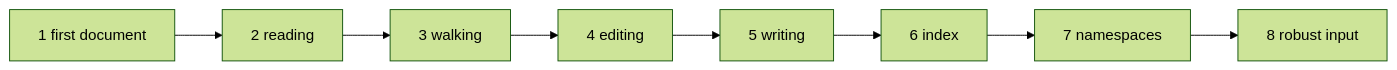
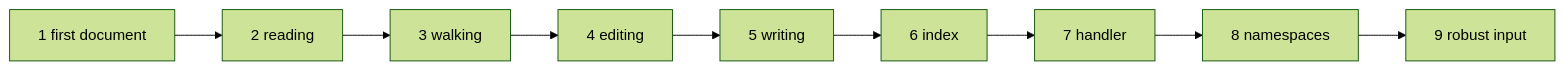
Before and after one commit to Fortran-FOSS-Programmers/FoXy: the diagram in docs/manual/index.md, drawn with Mermaid (forest theme). The commit also changed other lines of this file and 27 other files, not shown here.

````diff
--- a/docs/manual/index.md
+++ b/docs/manual/index.md
@@ -27,4 +28,4 @@
 ```mermaid
 flowchart LR
-  c1[1 first document] --> c2[2 reading] --> c3[3 walking] --> c4[4 editing] --> c5[5 writing] --> c6[6 index] --> c7[7 namespaces] --> c8[8 robust input]
+  c1[1 first document] --> c2[2 reading] --> c3[3 walking] --> c4[4 editing] --> c5[5 writing] --> c6[6 index] --> c7[7 handler] --> c8[8 namespaces] --> c9[9 robust input]
 ```
````
